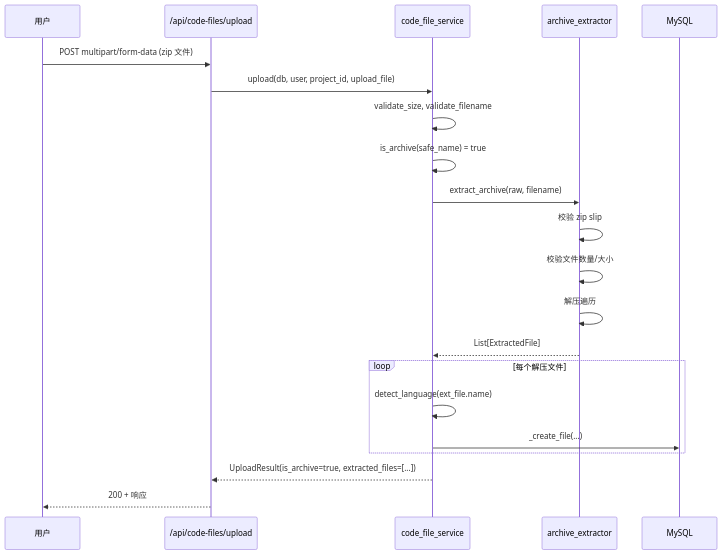
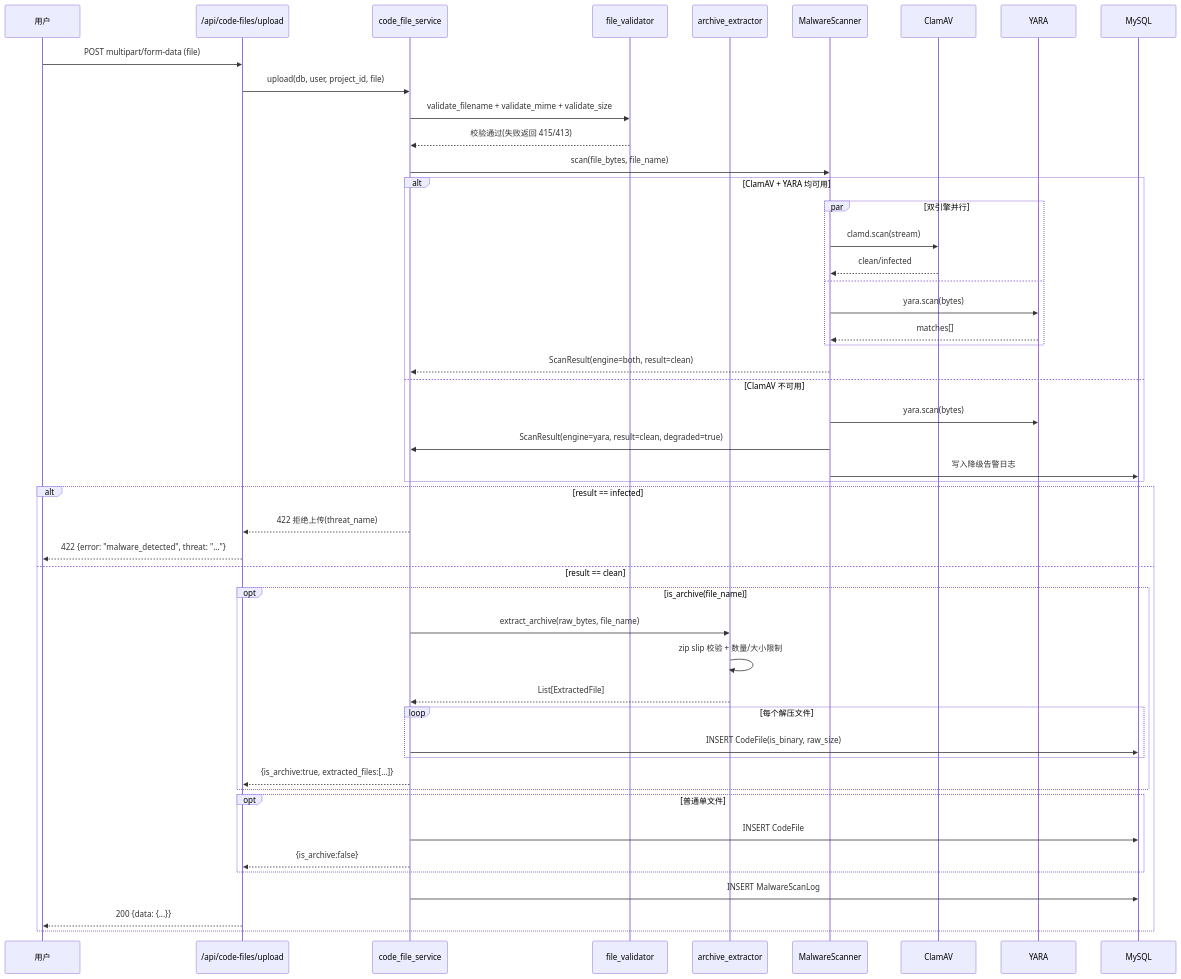
One commit to OUTLElijiadong/llm-agent-code-review changed the fourth of 5 diagrams in docs/代码审计Agent集成与漏洞识别增强/DESIGN_代码审计Agent集成与漏洞识别增强.md. Above: the diagram before and after it, drawn with Mermaid. The commit also changed other lines of this file and 59 other files, not shown here.

````diff
--- a/docs/代码审计Agent集成与漏洞识别增强/DESIGN_代码审计Agent集成与漏洞识别增强.md
+++ b/docs/代码审计Agent集成与漏洞识别增强/DESIGN_代码审计Agent集成与漏洞识别增强.md
@@ -606,26 +618,54 @@
 ```mermaid
 sequenceDiagram
     participant U as 用户
     participant API as /api/code-files/upload
     participant CFS as code_file_service
+    participant FV as file_validator
     participant AE as archive_extractor
+    participant MS as MalwareScanner
+    participant CL as ClamAV
+    participant YR as YARA
     participant DB as MySQL
-    
-    U->>API: POST multipart/form-data (zip 文件)
-    API->>CFS: upload(db, user, project_id, upload_file)
-    CFS->>CFS: validate_size, validate_filename
-    CFS->>CFS: is_archive(safe_name) = true
-    CFS->>AE: extract_archive(raw, filename)
-    AE->>AE: 校验 zip slip
-    AE->>AE: 校验文件数量/大小
-    AE->>AE: 解压遍历
-    AE-->>CFS: List[ExtractedFile]
-    
-    loop 每个解压文件
-        CFS->>CFS: detect_language(ext_file.name)
-        CFS->>DB: _create_file(...)
+
+    U->>API: POST multipart/form-data (file)
+    API->>CFS: upload(db, user, project_id, file)
+    CFS->>FV: validate_filename + validate_mime + validate_size
+    FV-->>CFS: 校验通过(失败返回 415/413)
+
+    CFS->>MS: scan(file_bytes, file_name)
+    alt ClamAV + YARA 均可用
+        par 双引擎并行
+            MS->>CL: clamd.scan(stream)
+            CL-->>MS: clean/infected
+        and
+            MS->>YR: yara.scan(bytes)
+            YR-->>MS: matches[]
+        end
+        MS-->>CFS: ScanResult(engine=both, result=clean)
+    else ClamAV 不可用
+        MS->>YR: yara.scan(bytes)
+        MS->>CFS: ScanResult(engine=yara, result=clean, degraded=true)
+        MS->>DB: 写入降级告警日志
     end
-    
-    CFS-->>API: UploadResult(is_archive=true, extracted_files=[...])
-    API-->>U: 200 + 响应
+
+    alt result == infected
+        CFS-->>API: 422 拒绝上传(threat_name)
+        API-->>U: 422 {error: "malware_detected", threat: "..."}
+    else result == clean
+        opt is_archive(file_name)
+            CFS->>AE: extract_archive(raw_bytes, file_name)
+            AE->>AE: zip slip 校验 + 数量/大小限制
+            AE-->>CFS: List[ExtractedFile]
+            loop 每个解压文件
+                CFS->>DB: INSERT CodeFile(is_binary, raw_size)
+            end
+            CFS-->>API: {is_archive:true, extracted_files:[...]}
+        end
+        opt 普通单文件
+            CFS->>DB: INSERT CodeFile
+            CFS-->>API: {is_archive:false}
+        end
+        CFS->>DB: INSERT MalwareScanLog
+        API-->>U: 200 {data: {...}}
+    end
 ```
````
